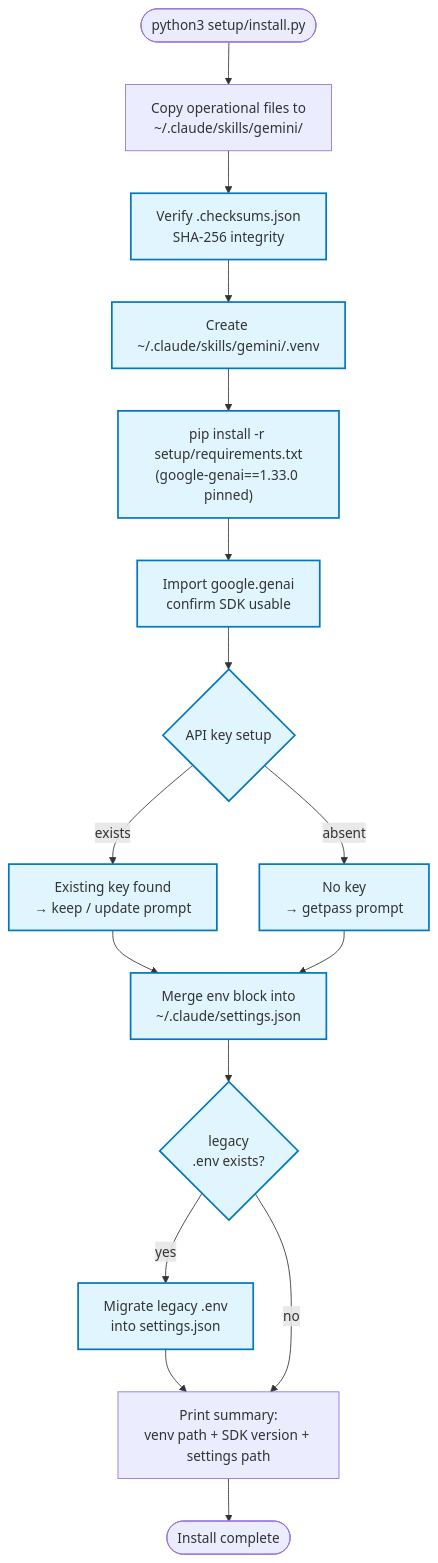
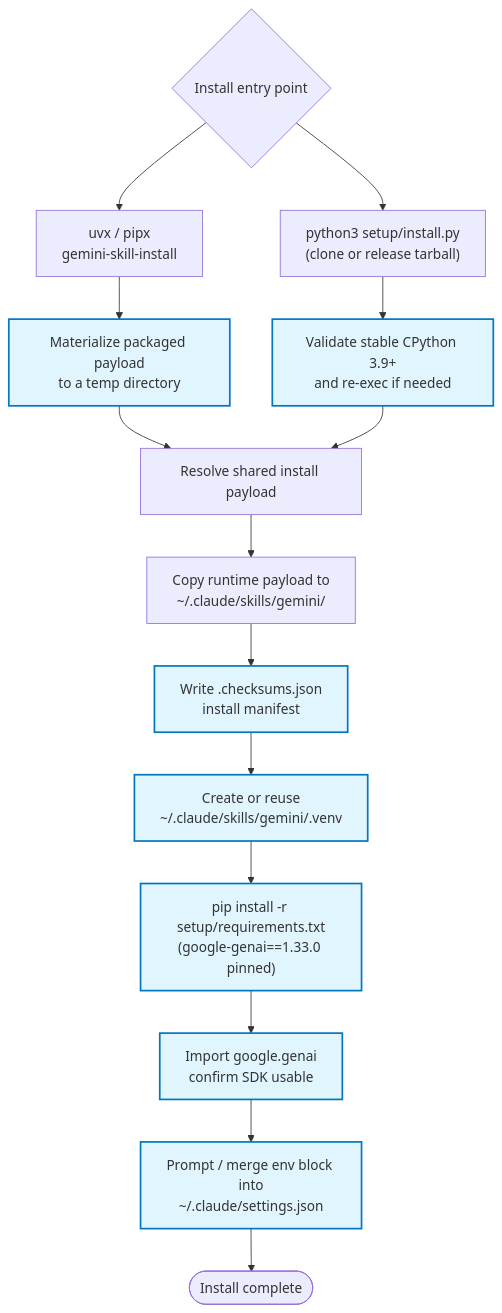
Before and after one commit to reshinto/gemini-skill: the diagram in docs/diagrams/install-flow.mmd, drawn with Mermaid. The commit also changed 15 other files, not shown here.

```diff
--- a/docs/diagrams/install-flow.mmd
+++ b/docs/diagrams/install-flow.mmd
@@ -1,31 +1,22 @@
-%% End-to-end install pipeline run by setup/install.py.
-%% Covers: copy → checksums → venv → pip → SDK verify → API key prompt
-%% → settings.json merge → legacy .env migration.
+%% End-to-end install pipeline shared by gemini-skill-install and setup/install.py.
 flowchart TD
-    START([python3 setup/install.py])
-    COPY[Copy operational files to<br/>~/.claude/skills/gemini/]
-    CHK[Verify .checksums.json<br/>SHA-256 integrity]
-    VENV[Create ~/.claude/skills/gemini/.venv]
+    START{Install entry point}
+    BOOT["uvx / pipx<br/>gemini-skill-install"]
+    MAT[Materialize packaged payload<br/>to a temp directory]
+    CLONE["python3 setup/install.py<br/>(clone or release tarball)"]
+    PYTHON[Validate stable CPython 3.9+<br/>and re-exec if needed]
+    SOURCE[Resolve shared install payload]
+    COPY[Copy runtime payload to<br/>~/.claude/skills/gemini/]
+    CHK[Write .checksums.json<br/>install manifest]
+    VENV[Create or reuse<br/>~/.claude/skills/gemini/.venv]
     PIP["pip install -r setup/requirements.txt<br/>(google-genai==1.33.0 pinned)"]
     VERIFY[Import google.genai<br/>confirm SDK usable]
-    KEY_PROMPT{API key setup}
-    KEY_EXIST[Existing key found<br/>→ keep / update prompt]
-    KEY_NEW[No key<br/>→ getpass prompt]
-    MERGE[Merge env block into<br/>~/.claude/settings.json]
-    LEGACY{"legacy<br/>.env exists?"}
-    MIGRATE[Migrate legacy .env<br/>into settings.json]
-    SUMMARY[Print summary:<br/>venv path + SDK version + settings path]
+    KEY[Prompt / merge env block into<br/>~/.claude/settings.json]
     DONE([Install complete])
 
-    START --> COPY --> CHK --> VENV --> PIP --> VERIFY --> KEY_PROMPT
-    KEY_PROMPT -->|exists| KEY_EXIST
-    KEY_PROMPT -->|absent| KEY_NEW
-    KEY_EXIST --> MERGE
-    KEY_NEW --> MERGE
-    MERGE --> LEGACY
-    LEGACY -->|yes| MIGRATE --> SUMMARY
-    LEGACY -->|no| SUMMARY
-    SUMMARY --> DONE
+    START --> BOOT --> MAT --> SOURCE
+    START --> CLONE --> PYTHON --> SOURCE
+    SOURCE --> COPY --> CHK --> VENV --> PIP --> VERIFY --> KEY --> DONE
 
     classDef new fill:#e1f5ff,stroke:#0277bd,stroke-width:2px
-    class VENV,PIP,VERIFY,KEY_PROMPT,KEY_EXIST,KEY_NEW,MERGE,LEGACY,MIGRATE,CHK new
+    class MAT,PYTHON,CHK,VENV,PIP,VERIFY,KEY new
```
